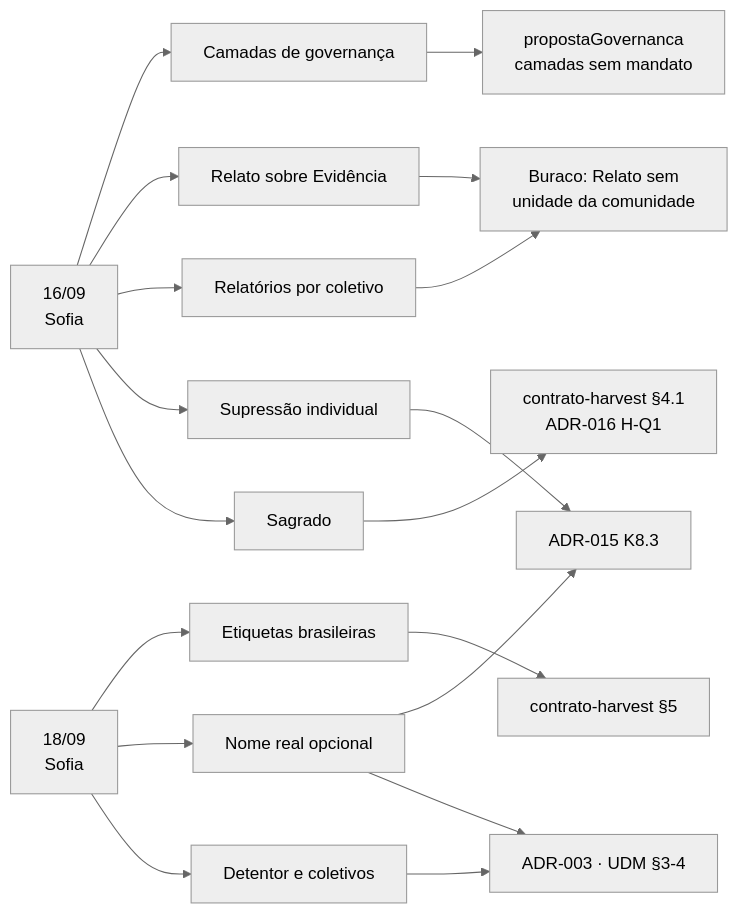
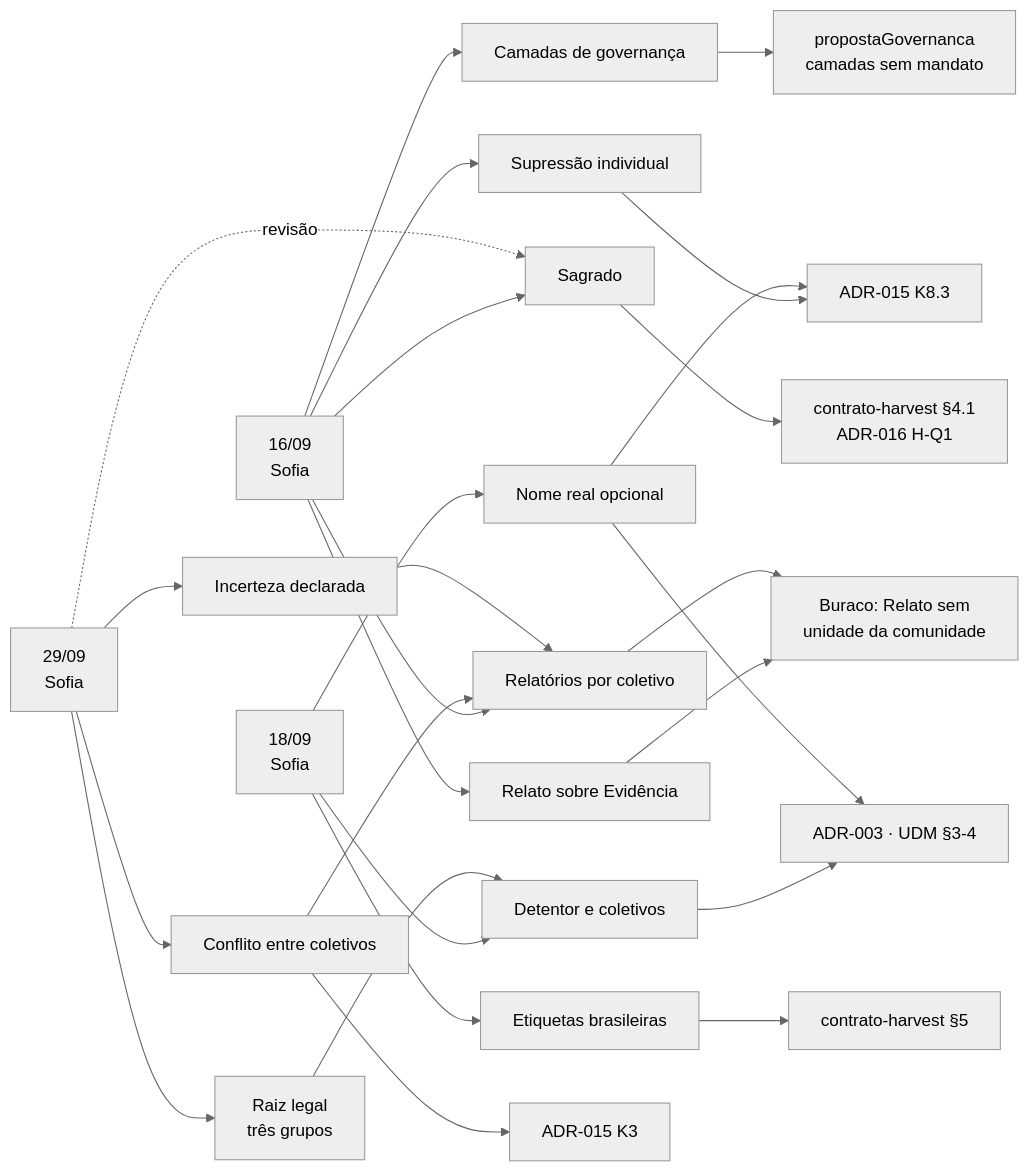
The diagram in docs/reunioes/impactos-na-arquitetura.md (edalcin/Arquitetura-BioCultural), drawn with Mermaid (neutral theme) before and after one commit. The commit also changed other lines of this file and 14 other files, not shown here.

````diff
--- a/docs/reunioes/impactos-na-arquitetura.md
+++ b/docs/reunioes/impactos-na-arquitetura.md
@@ -56,20 +66,28 @@
 ```mermaid
 flowchart LR
   R1["16/09<br/>Sofia"] --> S["Sagrado"]
   R1 --> V["Supressão individual"]
   R1 --> P["Relatórios por coletivo"]
   R1 --> C["Relato sobre Evidência"]
   R1 --> GOVC["Camadas de governança"]
   R2["18/09<br/>Sofia"] --> D["Detentor e coletivos"]
   R2 --> N["Nome real opcional"]
   R2 --> E["Etiquetas brasileiras"]
+  R3["29/09<br/>Sofia"] --> L["Raiz legal<br/>três grupos"]
+  R3 --> K["Conflito entre coletivos"]
+  R3 --> U["Incerteza declarada"]
+  R3 -. revisão .-> S
+  L --> D
+  K --> P
+  U --> P
   S --> H["contrato-harvest §4.1<br/>ADR-016 H-Q1"]
   V --> A15["ADR-015 K8.3"]
+  K --> A15K3["ADR-015 K3"]
   D --> A03["ADR-003 · UDM §3-4"]
   N --> A03
   N --> A15
   E --> H5["contrato-harvest §5"]
   C --> GAP["Buraco: Relato sem<br/>unidade da comunidade"]
   P --> GAP
   GOVC --> GOV["propostaGovernanca<br/>camadas sem mandato"]
 ```
````
